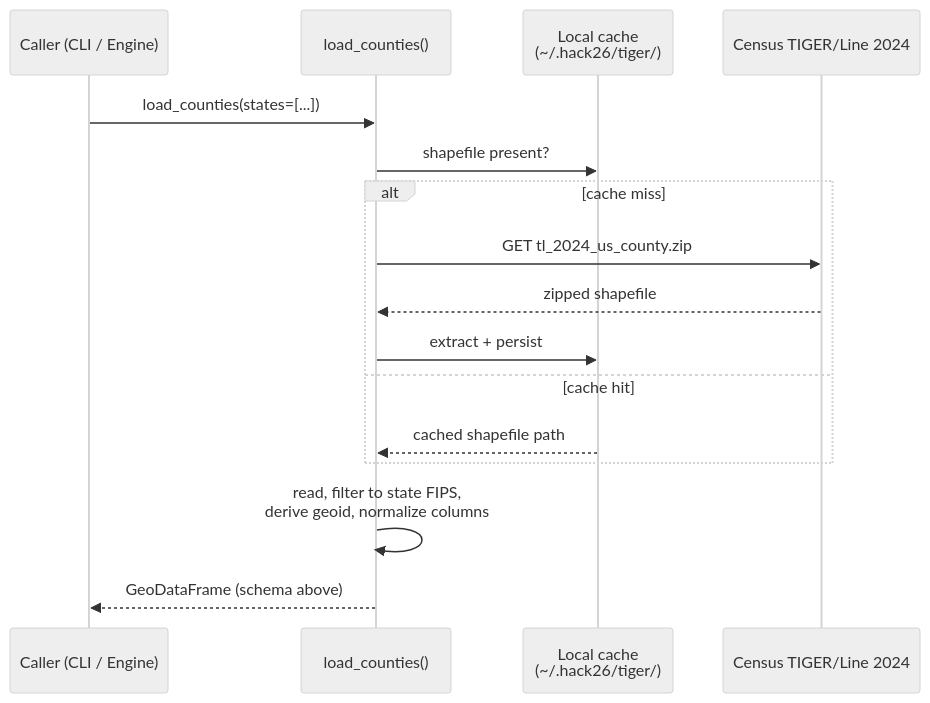
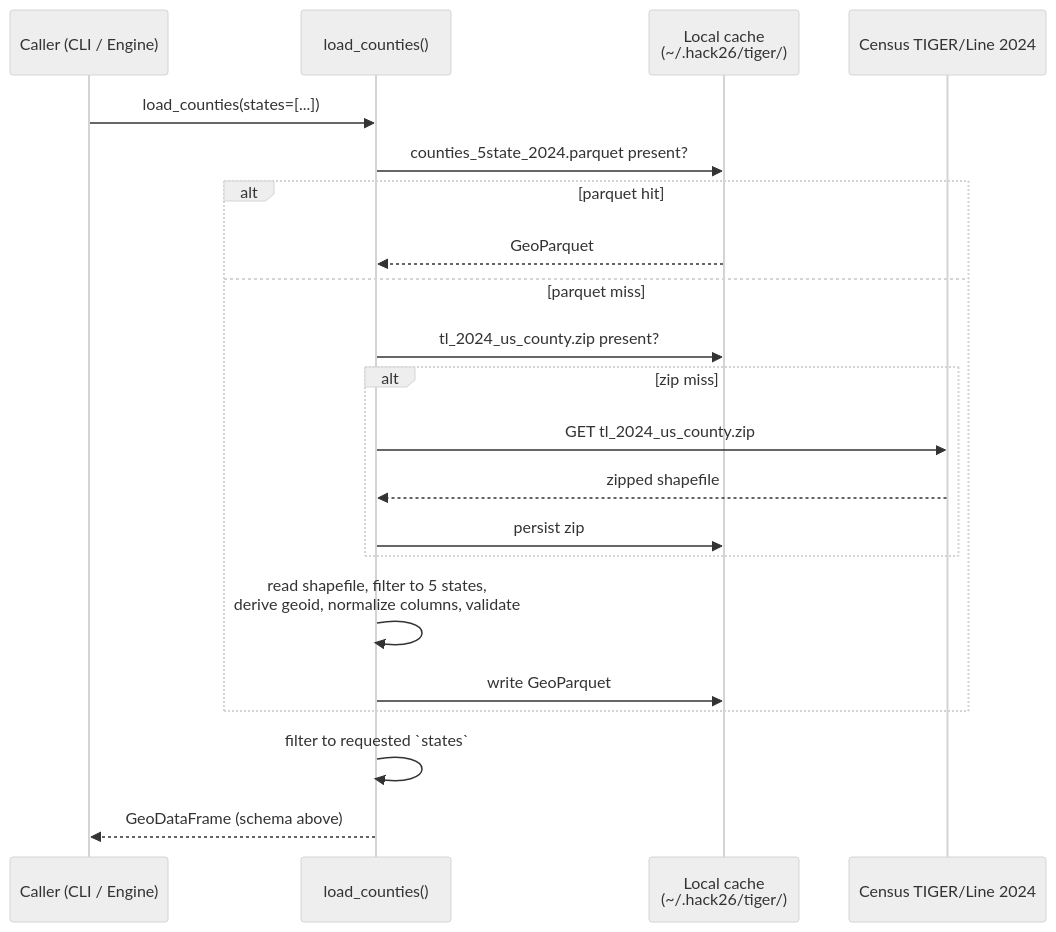
The second of 2 diagrams in software/SPEC.md (JakeAum/hack26), drawn with Mermaid (neutral theme) before and after one commit. The commit also changed other lines of this file and 4 other files, not shown here.

````diff
--- a/software/SPEC.md
+++ b/software/SPEC.md
@@ -83,19 +92,24 @@
 ```mermaid
 sequenceDiagram
     participant Caller as Caller (CLI / Engine)
     participant Catalog as load_counties()
     participant Cache as Local cache<br/>(~/.hack26/tiger/)
     participant TIGER as Census TIGER/Line 2024
 
     Caller->>Catalog: load_counties(states=[...])
-    Catalog->>Cache: shapefile present?
-    alt cache miss
-        Catalog->>TIGER: GET tl_2024_us_county.zip
-        TIGER-->>Catalog: zipped shapefile
-        Catalog->>Cache: extract + persist
-    else cache hit
-        Cache-->>Catalog: cached shapefile path
+    Catalog->>Cache: counties_5state_2024.parquet present?
+    alt parquet hit
+        Cache-->>Catalog: GeoParquet
+    else parquet miss
+        Catalog->>Cache: tl_2024_us_county.zip present?
+        alt zip miss
+            Catalog->>TIGER: GET tl_2024_us_county.zip
+            TIGER-->>Catalog: zipped shapefile
+            Catalog->>Cache: persist zip
+        end
+        Catalog->>Catalog: read shapefile, filter to 5 states,<br/>derive geoid, normalize columns, validate
+        Catalog->>Cache: write GeoParquet
     end
-    Catalog->>Catalog: read, filter to state FIPS,<br/>derive geoid, normalize columns
+    Catalog->>Catalog: filter to requested `states`
     Catalog-->>Caller: GeoDataFrame (schema above)
 ```
````
